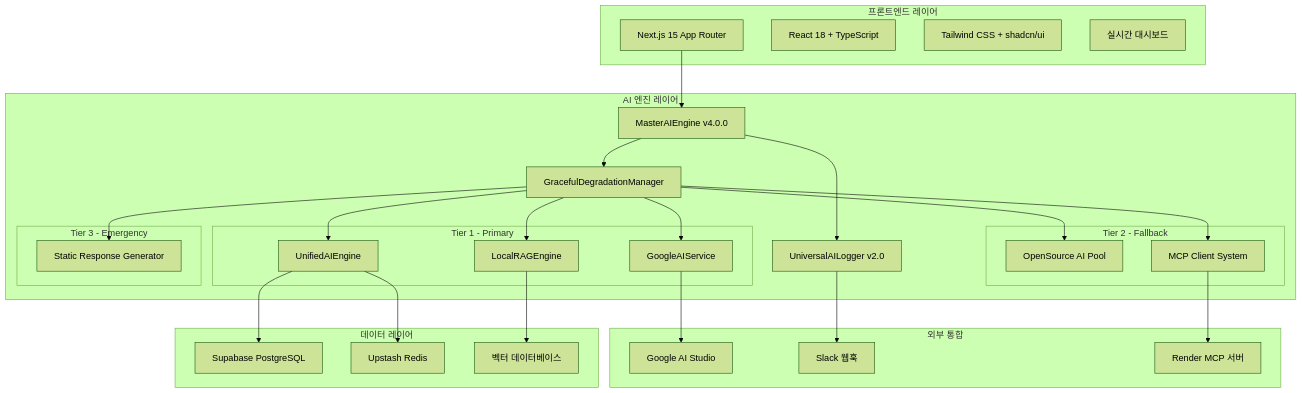
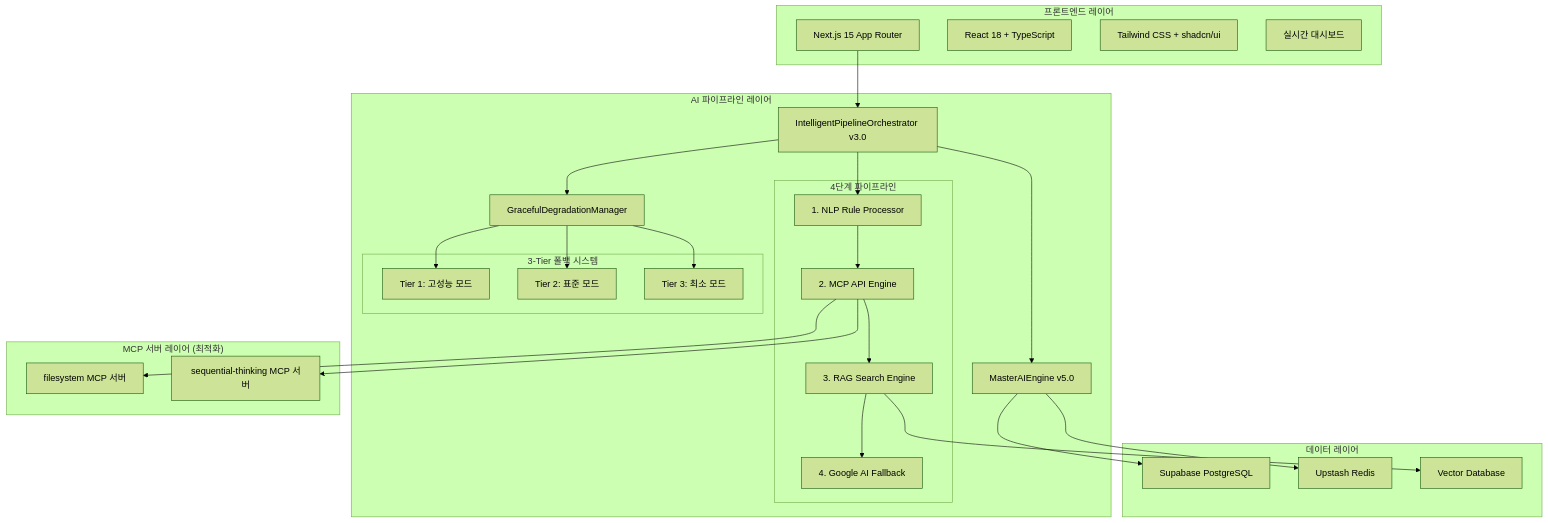
The first of 2 diagrams in docs/ARCHITECTURE.md (skyasu2/openmanager-vibe-v5), drawn with Mermaid (forest theme) before and after one commit. The commit also changed other lines of this file and 24 other files, not shown here.

````diff
--- a/docs/ARCHITECTURE.md
+++ b/docs/ARCHITECTURE.md
@@ -32,58 +33,55 @@
 ```mermaid
 graph TB
     subgraph "프론트엔드 레이어"
         A[Next.js 15 App Router]
         B[React 18 + TypeScript]
         C[Tailwind CSS + shadcn/ui]
         D[실시간 대시보드]
     end
 
-    subgraph "AI 엔진 레이어"
-        E[MasterAIEngine v4.0.0]
+    subgraph "AI 파이프라인 레이어"
+        E[IntelligentPipelineOrchestrator v3.0]
         F[GracefulDegradationManager]
-        G[UniversalAILogger v2.0]
+        G[MasterAIEngine v5.0]
 
-        subgraph "Tier 1 - Primary"
-            H[GoogleAIService]
-            I[UnifiedAIEngine]
-            J[LocalRAGEngine]
+        subgraph "4단계 파이프라인"
+            H[1. NLP Rule Processor]
+            I[2. MCP API Engine]
+            J[3. RAG Search Engine]
+            K[4. Google AI Fallback]
         end
 
-        subgraph "Tier 2 - Fallback"
-            K[OpenSource AI Pool]
-            L[MCP Client System]
-        end
-
-        subgraph "Tier 3 - Emergency"
-            M[Static Response Generator]
+        subgraph "3-Tier 폴백 시스템"
+            L[Tier 1: 고성능 모드]
+            M[Tier 2: 표준 모드]
+            N[Tier 3: 최소 모드]
         end
     end
 
-    subgraph "데이터 레이어"
-        N[Supabase PostgreSQL]
-        O[Upstash Redis]
-        P[벡터 데이터베이스]
+    subgraph "MCP 서버 레이어 (최적화)"
+        O[filesystem MCP 서버]
+        P[sequential-thinking MCP 서버]
     end
 
-    subgraph "외부 통합"
-        Q[Google AI Studio]
-        R[Slack 웹훅]
-        S[Render MCP 서버]
+    subgraph "데이터 레이어"
+        Q[Supabase PostgreSQL]
+        R[Upstash Redis]
+        S[Vector Database]
     end
 
     A --> E
     E --> F
-    F --> H
-    F --> I
-    F --> J
-    F --> K
+    E --> H
+    H --> I
+    I --> J
+    J --> K
     F --> L
     F --> M
+    F --> N
     E --> G
-    H --> Q
-    I --> N
     I --> O
-    J --> P
+    I --> P
+    G --> Q
     G --> R
-    L --> S
+    J --> S
 ```
````
